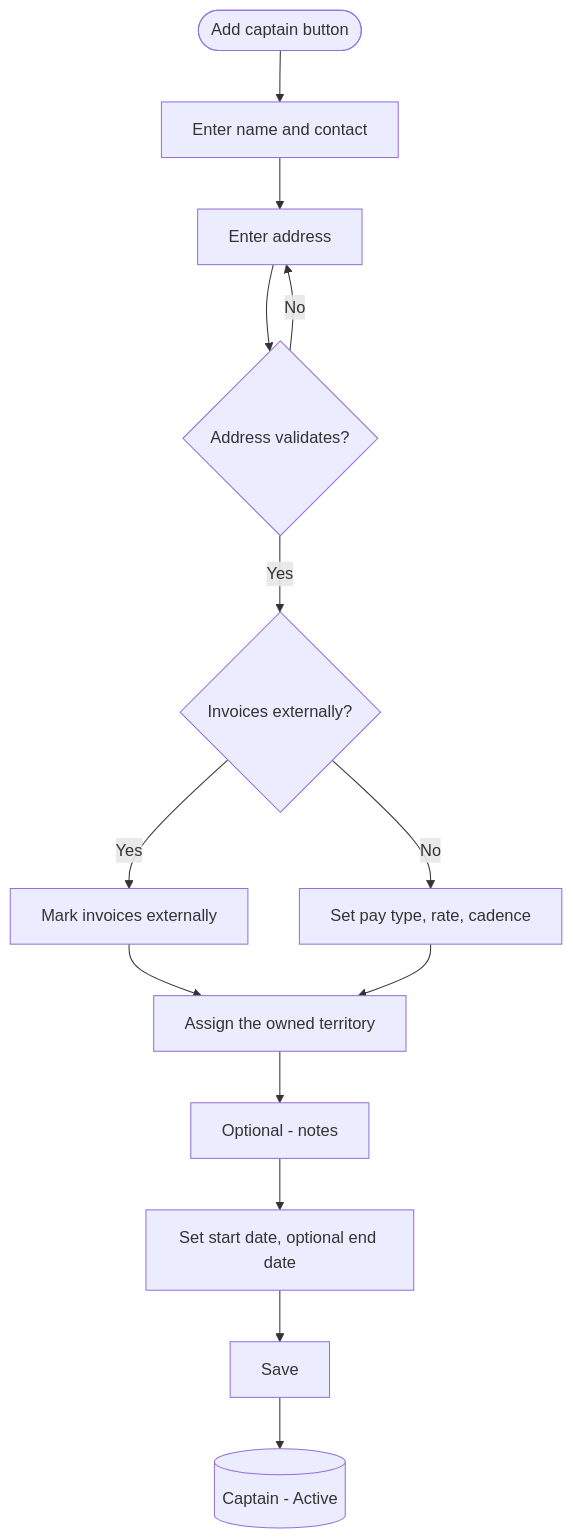
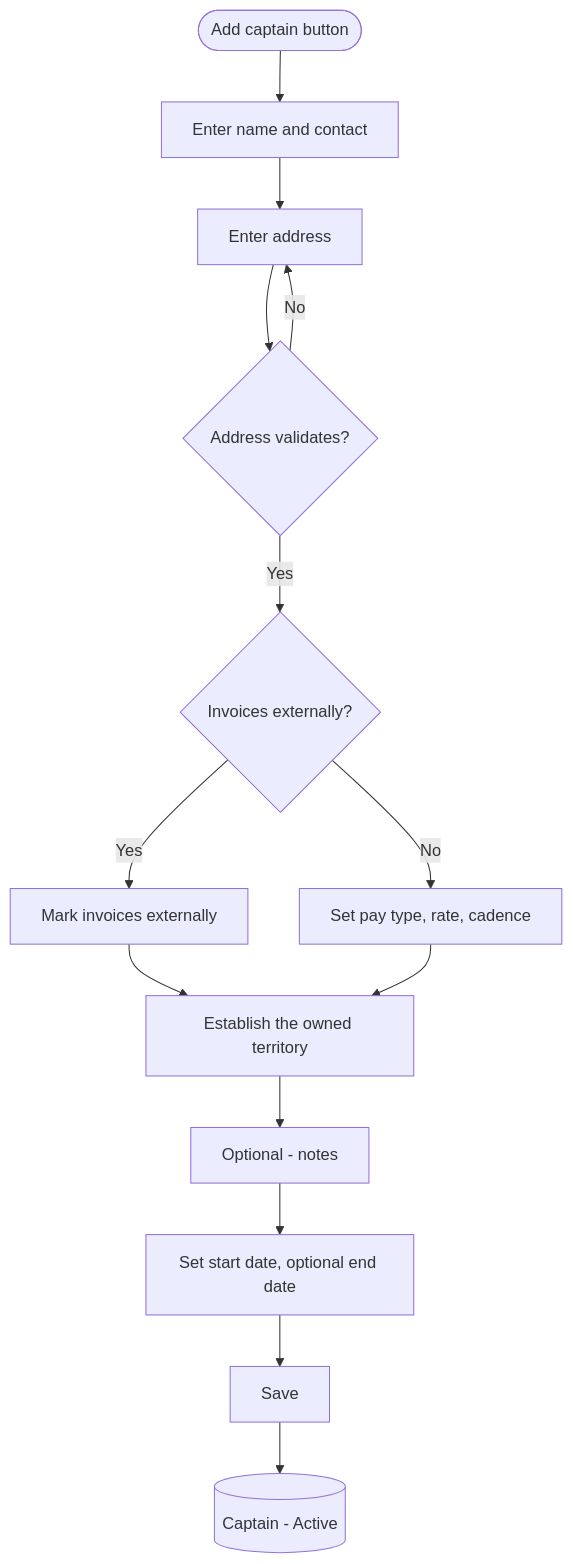
Before and after one commit to uwblueprint/beach-metro: the seventh of 11 diagrams in docs/people_management_flow_v1.md, drawn with Mermaid. The commit also changed other lines of this file, not shown here.

First line of the commit message:
Redefine territory as volunteers and commercial drops, captain-direct assignment, and manual-only retirement (BM-24)

````diff
--- a/docs/people_management_flow_v1.md
+++ b/docs/people_management_flow_v1.md
@@ -158,16 +159,16 @@
 ```mermaid
 flowchart TD
     Start([Add captain button]) --> Name[Enter name and contact]
     Name --> Addr[Enter address]
     Addr --> Valid{Address validates?}
     Valid -->|No| Addr
     Valid -->|Yes| ExtBranch{Invoices externally?}
     ExtBranch -->|Yes| ExtFlag[Mark invoices externally]
     ExtBranch -->|No| Pay[Set pay type, rate, cadence]
-    ExtFlag --> Terr[Assign the owned territory]
+    ExtFlag --> Terr[Establish the owned territory]
     Pay --> Terr
     Terr --> Notes[Optional - notes]
     Notes --> Dates[Set start date, optional end date]
     Dates --> Save[Save]
     Save --> Active[(Captain - Active)]
 ```
````
